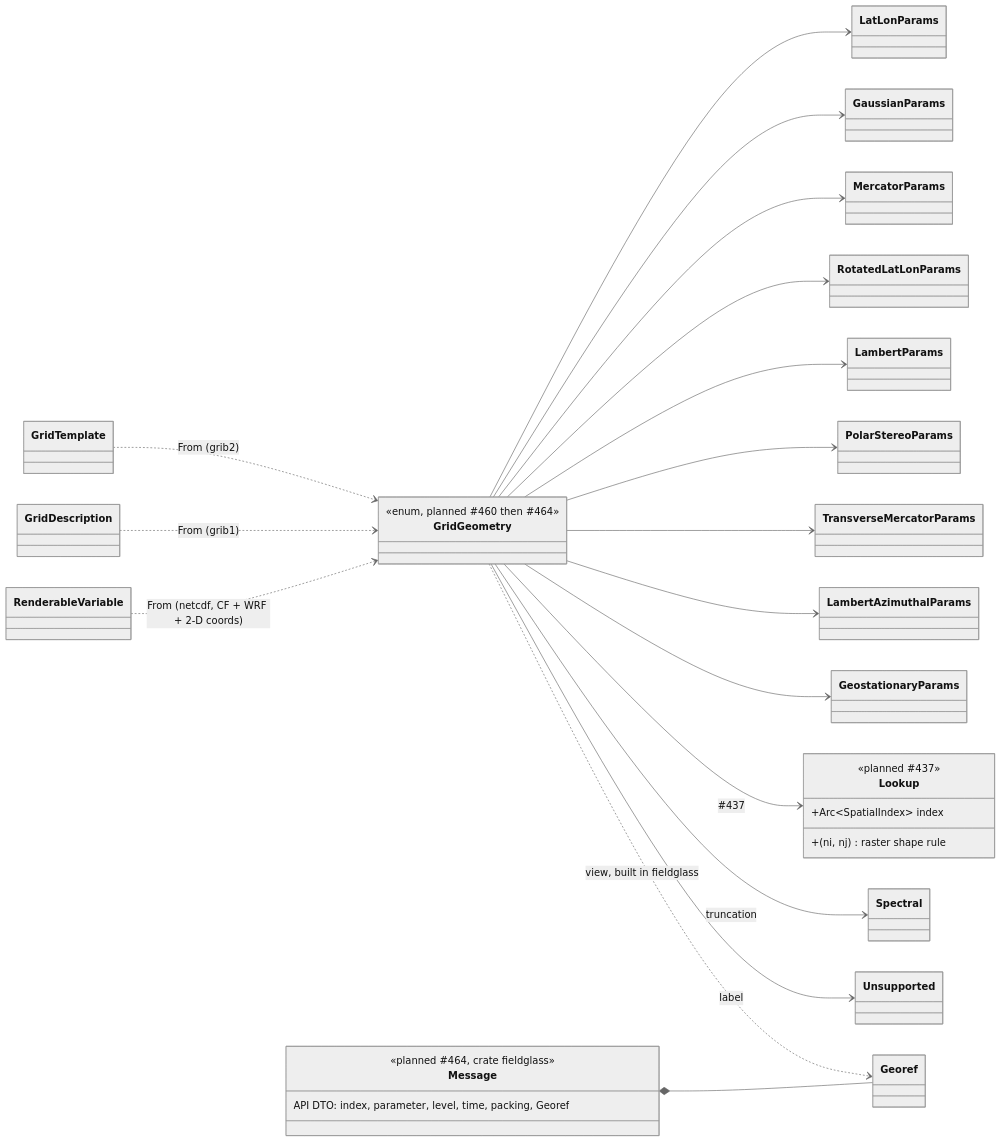
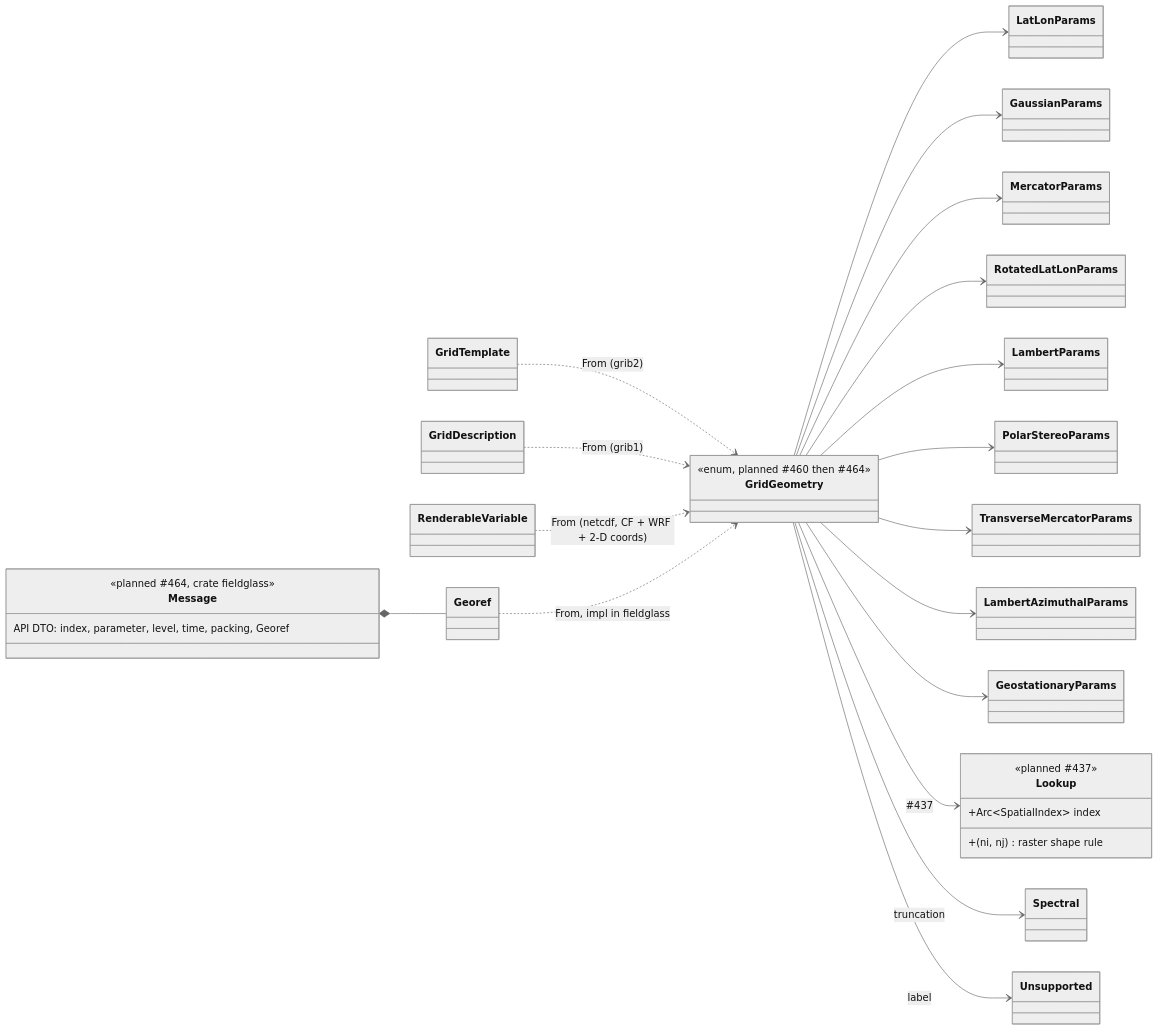
One commit to D0ubleD0uble/fieldglass changed the second of 4 diagrams in docs/architecture/planned/03-composition.md. Above: the diagram before and after it, drawn with Mermaid (neutral theme). The commit also changed other lines of this file and 2 other files, not shown here.

First line of the commit message:
docs(architecture): audit every planned edge; fix direction and actor errors

````diff
--- a/docs/architecture/planned/03-composition.md
+++ b/docs/architecture/planned/03-composition.md
@@ -30,35 +30,35 @@
 ```mermaid
 classDiagram
     direction LR
     class GridGeometry {
         <<enum, planned #460 then #464>>
     }
     GridGeometry --> LatLonParams
     GridGeometry --> GaussianParams
     GridGeometry --> MercatorParams
     GridGeometry --> RotatedLatLonParams
     GridGeometry --> LambertParams
     GridGeometry --> PolarStereoParams
     GridGeometry --> TransverseMercatorParams
     GridGeometry --> LambertAzimuthalParams
     GridGeometry --> GeostationaryParams
     GridGeometry --> Lookup : #437
     GridGeometry --> Spectral : truncation
     GridGeometry --> Unsupported : label
 
     class Lookup {
         <<planned #437>>
         +Arc~SpatialIndex~ index
         +(ni, nj) raster shape rule
     }
 
     class Message {
         <<planned #464, crate fieldglass>>
         API DTO: index, parameter, level, time, packing, Georef
     }
     GridTemplate ..> GridGeometry : From (grib2)
     GridDescription ..> GridGeometry : From (grib1)
     RenderableVariable ..> GridGeometry : From (netcdf, CF + WRF + 2-D coords)
-    GridGeometry ..> Georef : view, built in fieldglass
+    Georef ..> GridGeometry : From, impl in fieldglass
     Message *-- Georef
 ```
````
